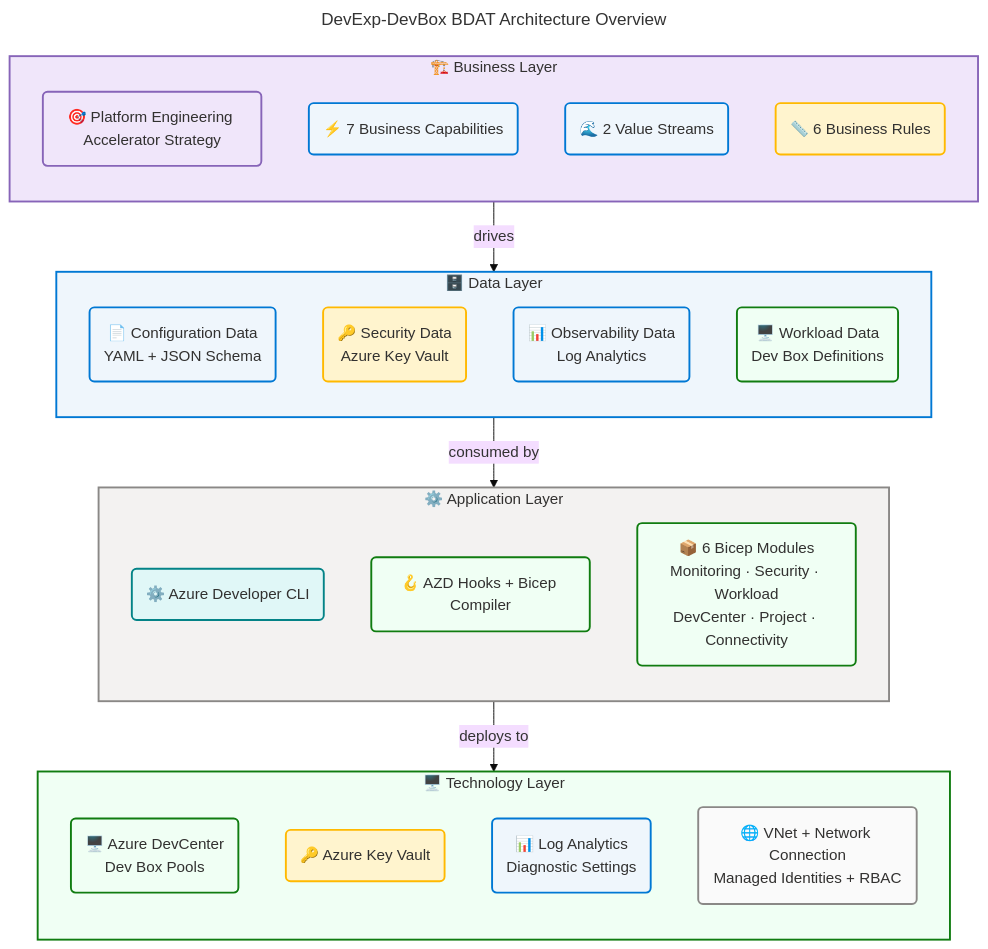
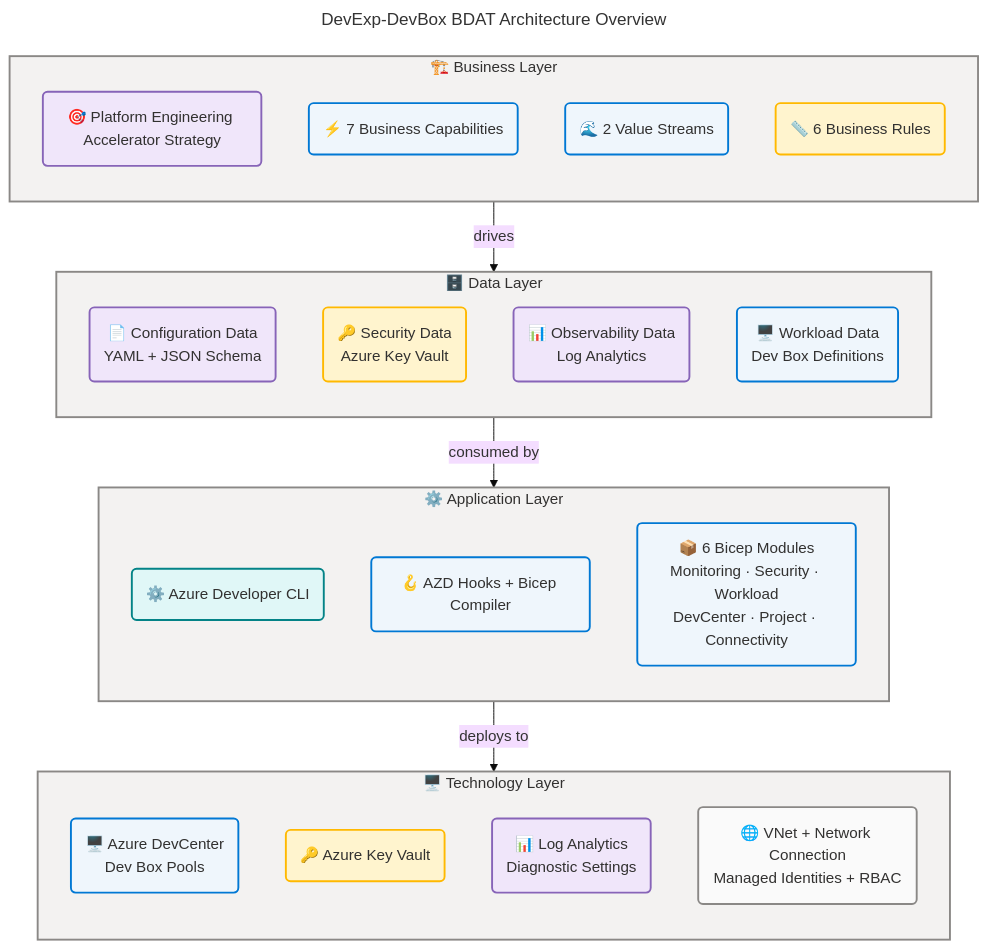
The diagram in docs/architecture/README.md (Evilazaro/DevExp-DevBox), drawn with Mermaid before and after one commit.

Commit message:
refactor: update flowchart styles for improved consistency in architecture documentation

````diff
--- a/docs/architecture/README.md
+++ b/docs/architecture/README.md
@@ -156,76 +156,76 @@
 ```mermaid
 ---
 title: DevExp-DevBox BDAT Architecture Overview
 config:
   theme: base
   look: classic
   layout: dagre
   themeVariables:
     fontSize: '16px'
   flowchart:
     htmlLabels: true
 ---
 flowchart TB
     accTitle: DevExp-DevBox BDAT Architecture Overview
     accDescr: Four-layer TOGAF BDAT architecture showing the Business, Data, Application, and Technology layers of the DevExp-DevBox platform and their relationships.
 
     %% ═══════════════════════════════════════════════════════════════════════════
     %% AZURE / FLUENT ARCHITECTURE PATTERN v1.1
     %% (Semantic + Structural + Font + Accessibility Governance)
     %% ═══════════════════════════════════════════════════════════════════════════
     %% PHASE 1 - FLUENT UI: All styling uses approved Fluent UI palette only
     %% PHASE 2 - GROUPS: Every subgraph has semantic color via style directive
     %% PHASE 3 - COMPONENTS: Every node has semantic classDef + icon prefix
     %% PHASE 4 - ACCESSIBILITY: accTitle/accDescr present, WCAG AA contrast
     %% PHASE 5 - STANDARD: Governance block present, classDefs centralized
     %% ═══════════════════════════════════════════════════════════════════════════
 
     subgraph business["🏗️ Business Layer"]
         direction TB
         b1("🎯 Platform Engineering Accelerator Strategy"):::strategy
         b2("⚡ 7 Business Capabilities"):::capability
         b3("🌊 2 Value Streams"):::capability
         b4("📏 6 Business Rules"):::governance
     end
 
     subgraph data["🗄️ Data Layer"]
         direction TB
         d1("📄 Configuration Data\nYAML + JSON Schema"):::data
         d2("🔑 Security Data\nAzure Key Vault"):::warning
         d3("📊 Observability Data\nLog Analytics"):::data
         d4("🖥️ Workload Data\nDev Box Definitions"):::core
     end
 
     subgraph application["⚙️ Application Layer"]
         direction TB
         a1("⚙️ Azure Developer CLI"):::external
         a2("🪝 AZD Hooks + Bicep Compiler"):::core
         a3("📦 6 Bicep Modules\nMonitoring · Security · Workload\nDevCenter · Project · Connectivity"):::core
     end
 
     subgraph technology["🖥️ Technology Layer"]
         direction TB
         t1("🖥️ Azure DevCenter\nDev Box Pools"):::core
         t2("🔑 Azure Key Vault"):::warning
         t3("📊 Log Analytics\nDiagnostic Settings"):::data
         t4("🌐 VNet + Network Connection\nManaged Identities + RBAC"):::neutral
     end
 
     business -->|"drives"| data
     data -->|"consumed by"| application
     application -->|"deploys to"| technology
 
-    style business fill:#F0E6FA,stroke:#8764B8,stroke-width:2px,color:#323130
-    style data fill:#EFF6FC,stroke:#0078D4,stroke-width:2px,color:#323130
+    style business fill:#F3F2F1,stroke:#8A8886,stroke-width:2px,color:#323130
+    style data fill:#F3F2F1,stroke:#8A8886,stroke-width:2px,color:#323130
     style application fill:#F3F2F1,stroke:#8A8886,stroke-width:2px,color:#323130
-    style technology fill:#F0FFF4,stroke:#107C10,stroke-width:2px,color:#323130
+    style technology fill:#F3F2F1,stroke:#8A8886,stroke-width:2px,color:#323130
 
     classDef strategy fill:#F0E6FA,stroke:#8764B8,stroke-width:2px,color:#323130
     classDef capability fill:#EFF6FC,stroke:#0078D4,stroke-width:2px,color:#323130
     classDef governance fill:#FFF4CE,stroke:#FFB900,stroke-width:2px,color:#323130
-    classDef data fill:#EFF6FC,stroke:#0078D4,stroke-width:2px,color:#323130
+    classDef data fill:#F0E6FA,stroke:#8764B8,stroke-width:2px,color:#323130
     classDef warning fill:#FFF4CE,stroke:#FFB900,stroke-width:2px,color:#323130
-    classDef core fill:#F0FFF4,stroke:#107C10,stroke-width:2px,color:#323130
+    classDef core fill:#EFF6FC,stroke:#0078D4,stroke-width:2px,color:#323130
     classDef neutral fill:#FAFAFA,stroke:#8A8886,stroke-width:2px,color:#323130
     classDef external fill:#E0F7F7,stroke:#038387,stroke-width:2px,color:#323130
 ```
````
